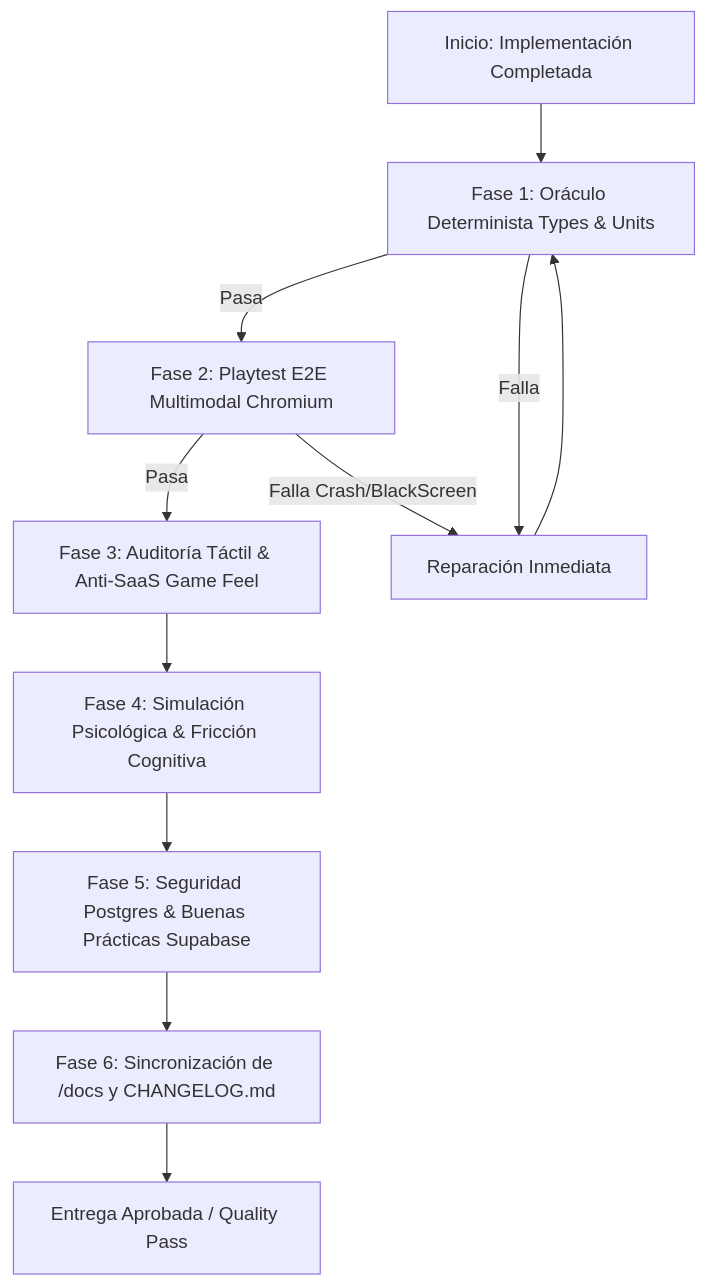
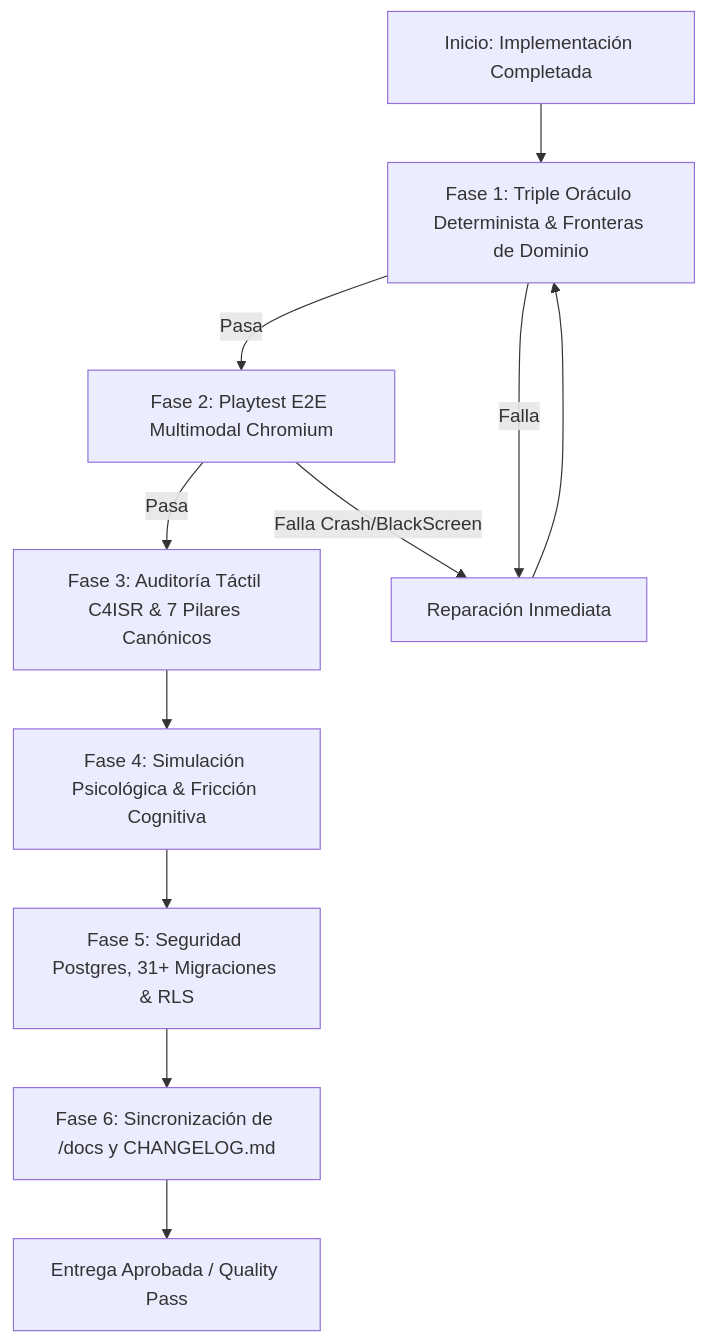
Before and after one commit to davikisea/GEOTACTICS-ONLINE: the diagram in .agents/skills/game-dev-quality-gate/SKILL.md, drawn with Mermaid. The commit also changed other lines of this file and 352 other files, not shown here.

Commit message:
feat(architecture): migración modular a 4 dominios (@domains/*), consolidación de base de datos y sincronización de suites deterministas

````diff
--- a/.agents/skills/game-dev-quality-gate/SKILL.md
+++ b/.agents/skills/game-dev-quality-gate/SKILL.md
@@ -29,13 +35,13 @@
 ```mermaid
 flowchart TD
-    A[Inicio: Implementación Completada] --> B[Fase 1: Oráculo Determinista Types & Units]
+    A[Inicio: Implementación Completada] --> B[Fase 1: Triple Oráculo Determinista & Fronteras de Dominio]
     B -- Pasa --> C[Fase 2: Playtest E2E Multimodal Chromium]
     B -- Falla --> X[Reparación Inmediata]
-    C -- Pasa --> D[Fase 3: Auditoría Táctil & Anti-SaaS Game Feel]
+    C -- Pasa --> D[Fase 3: Auditoría Táctil C4ISR & 7 Pilares Canónicos]
     C -- Falla Crash/BlackScreen --> X
     D --> E[Fase 4: Simulación Psicológica & Fricción Cognitiva]
-    E --> F[Fase 5: Seguridad Postgres & Buenas Prácticas Supabase]
+    E --> F[Fase 5: Seguridad Postgres, 31+ Migraciones & RLS]
     F --> G[Fase 6: Sincronización de /docs y CHANGELOG.md]
     G --> H[Entrega Aprobada / Quality Pass]
     X --> B
 ```
````
